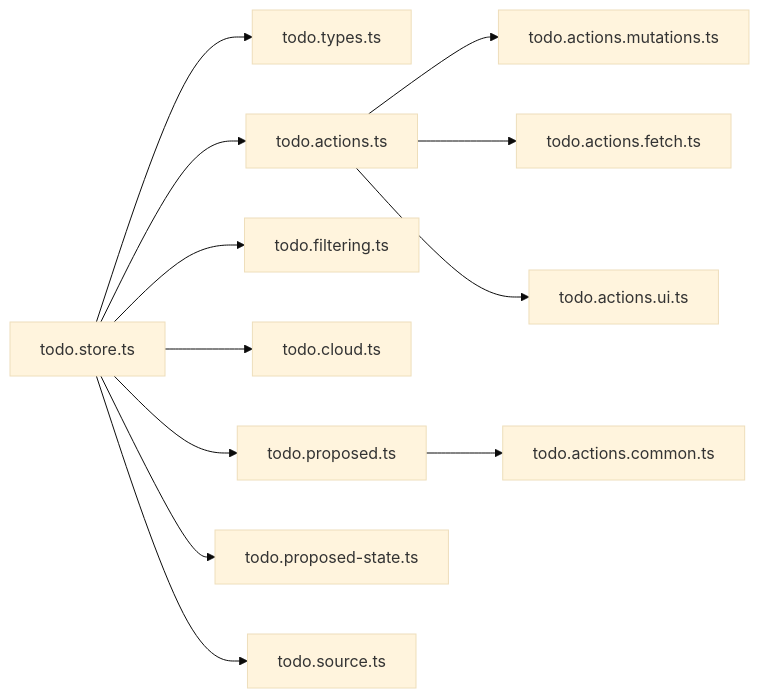
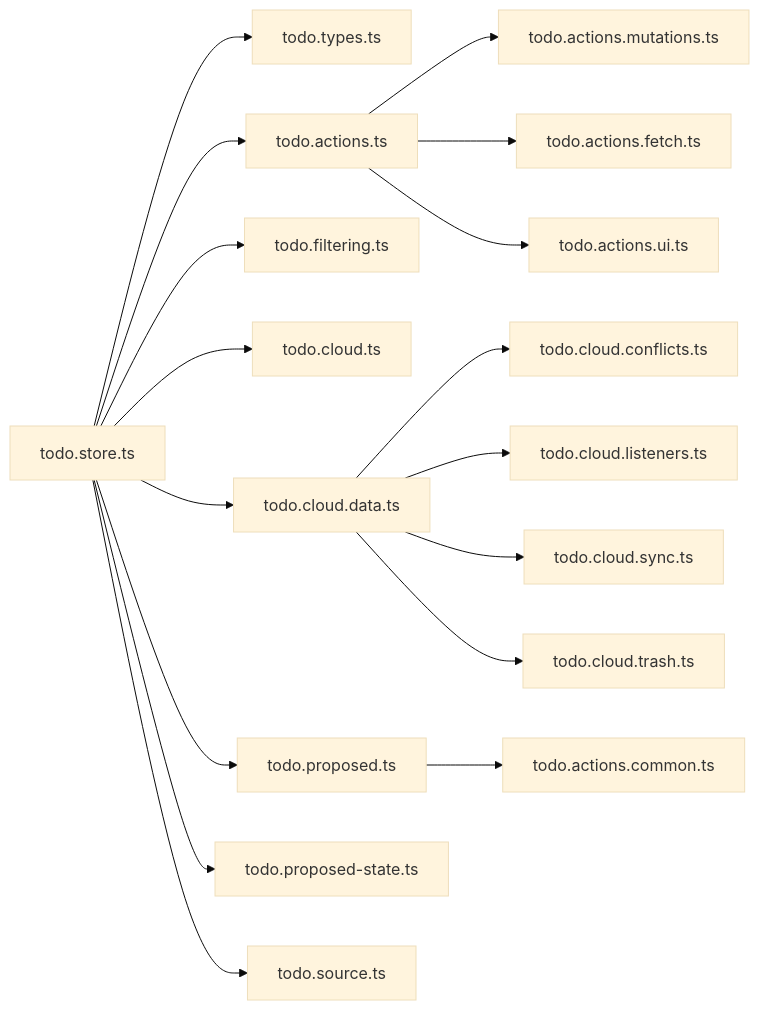
The fourth of 4 diagrams in .qoder/repowiki/zh/content/前端开发/状态管理/待办事项状态.md (xixixiaoyu/Todo), drawn with Mermaid (base theme) before and after one commit. The commit also changed other lines of this file and 3 other files, not shown here.

````diff
--- a/.qoder/repowiki/zh/content/前端开发/状态管理/待办事项状态.md
+++ b/.qoder/repowiki/zh/content/前端开发/状态管理/待办事项状态.md
@@ -396,14 +484,19 @@
 ```mermaid
 graph LR
 Store["todo.store.ts"] --> Types["todo.types.ts"]
 Store --> Actions["todo.actions.ts"]
 Store --> Filtering["todo.filtering.ts"]
 Store --> Cloud["todo.cloud.ts"]
+Store --> CloudData["todo.cloud.data.ts"]
 Store --> Proposed["todo.proposed.ts"]
 Store --> PropState["todo.proposed-state.ts"]
 Store --> Source["todo.source.ts"]
 Actions --> Mutations["todo.actions.mutations.ts"]
 Actions --> Fetch["todo.actions.fetch.ts"]
 Actions --> UI["todo.actions.ui.ts"]
 Proposed --> Common["todo.actions.common.ts"]
+CloudData --> Conflicts["todo.cloud.conflicts.ts"]
+CloudData --> Listeners["todo.cloud.listeners.ts"]
+CloudData --> Sync["todo.cloud.sync.ts"]
+CloudData --> Trash["todo.cloud.trash.ts"]
 ```
````
